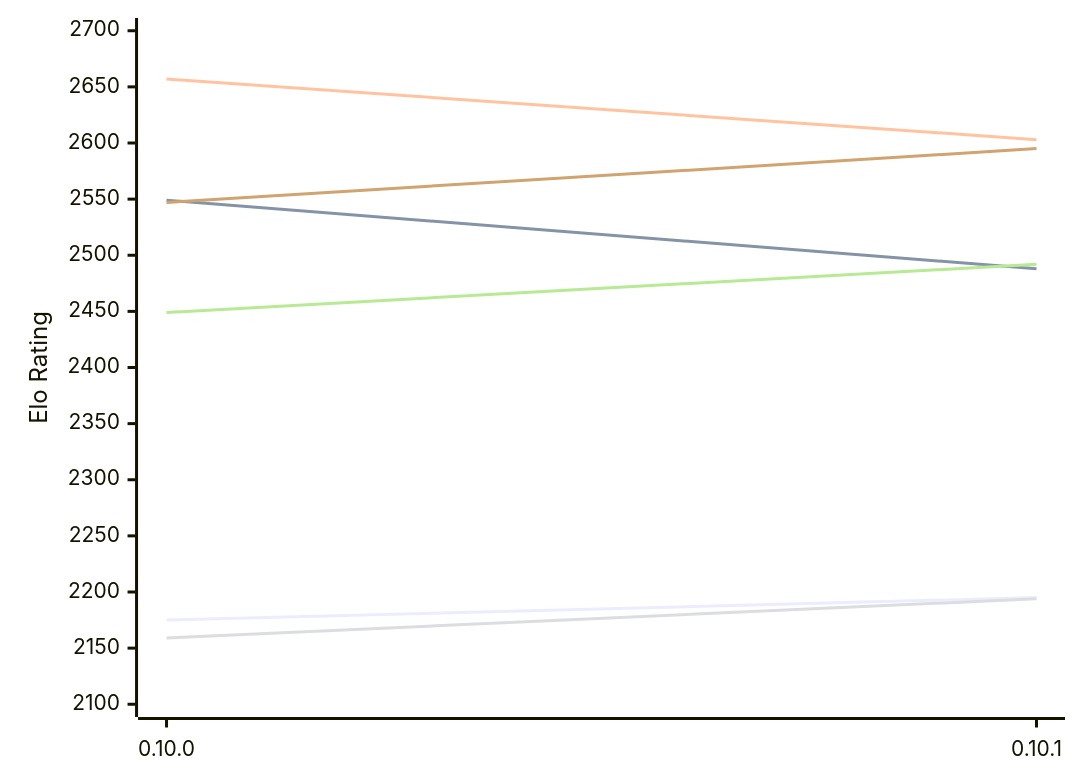
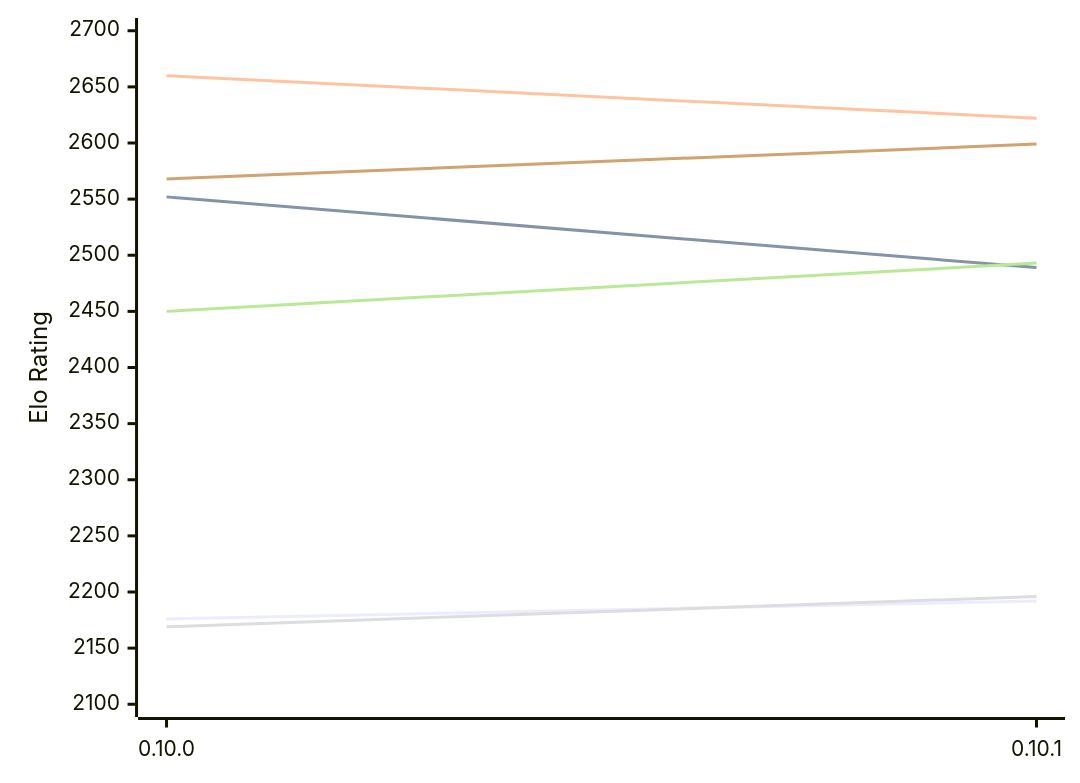
The first of 2 diagrams in engines/Fatalii.md (computer-chess-index/cci), drawn with Mermaid before and after one commit. The commit also changed other lines of this file, not shown here.

Commit message:
Update CCI Ratings (ELO VLTC) - 2026-11-20

````diff
--- a/engines/Fatalii.md
+++ b/engines/Fatalii.md
@@ -50,12 +50,12 @@
 ```mermaid
 %%{init: {"theme":"base","themeVariables":{"seriesColors:['#a3a3a3','#222221','#faa371']}}}%%
 xychart-beta
   x-axis ["0.10.0", "0.10.1"]
   y-axis "Elo Rating" 2100 --> 2700
-  line "E1: STC (8.0+0.08s)" [2175, 2195]
-  line "E1: LTC (60.0+0.60s)" [2549, 2488]
-  line "E1: VLTC (2m24s+1.12s)" [2657, 2603]
-  line "P1: STC (8.0+0.08s)" [2159, 2194]
-  line "P1: LTC (60.0+0.60s)" [2449, 2492]
-  line "P1: VLTC (2m24s+1.12s)" [2547, 2595]
+  line "E1: STC (8.0+0.08s)" [2176, 2192]
+  line "E1: LTC (60.0+0.60s)" [2552, 2489]
+  line "E1: VLTC (2m24s+1.12s)" [2660, 2622]
+  line "P1: STC (8.0+0.08s)" [2169, 2196]
+  line "P1: LTC (60.0+0.60s)" [2450, 2493]
+  line "P1: VLTC (2m24s+1.12s)" [2568, 2599]
 ```
````
